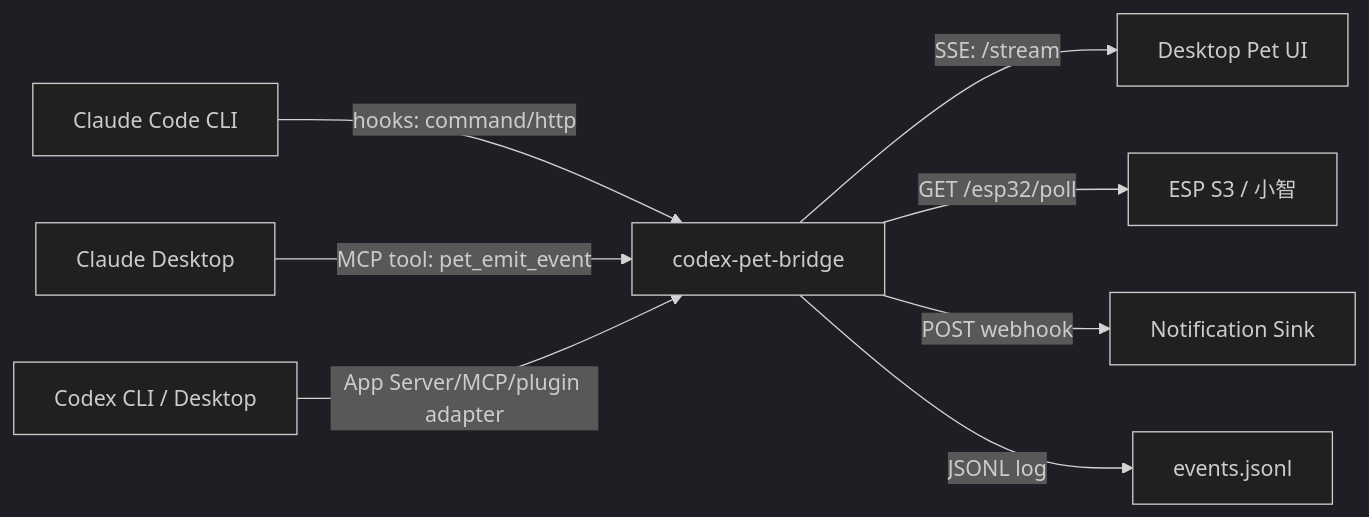
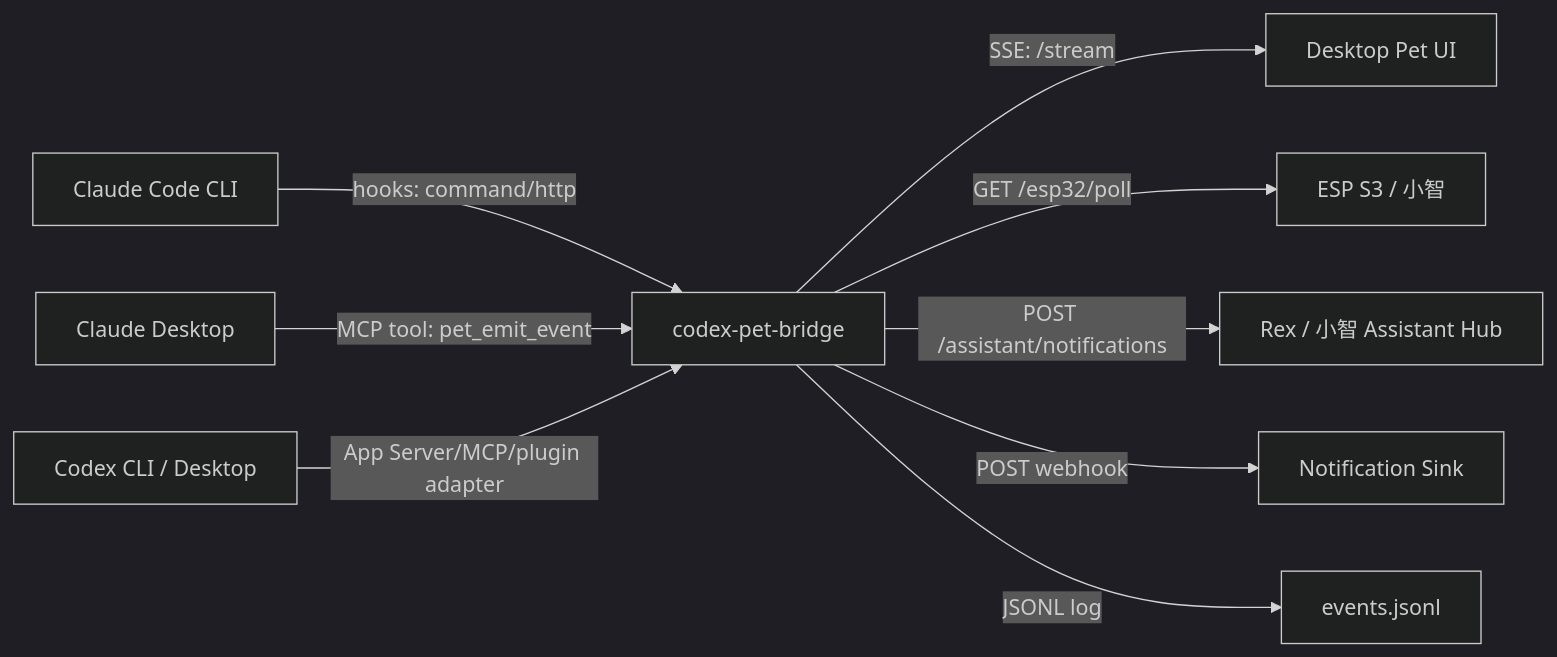
The diagram in README.md (vcxzvfe/codex-pet-bridge), drawn with Mermaid (dark theme) before and after one commit. The commit also changed other lines of this file and 7 other files, not shown here.

Commit message:
Add XiaoZhi assistant hub sink

````diff
--- a/README.md
+++ b/README.md
@@ -9,10 +9,11 @@
 ```mermaid
 flowchart LR
   CC["Claude Code CLI"] -->|"hooks: command/http"| Bridge["codex-pet-bridge"]
   CD["Claude Desktop"] -->|"MCP tool: pet_emit_event"| Bridge
   CX["Codex CLI / Desktop"] -->|"App Server/MCP/plugin adapter"| Bridge
   Bridge -->|"SSE: /stream"| Pet["Desktop Pet UI"]
   Bridge -->|"GET /esp32/poll"| ESP["ESP S3 / 小智"]
+  Bridge -->|"POST /assistant/notifications"| Rex["Rex / 小智 Assistant Hub"]
   Bridge -->|"POST webhook"| Push["Notification Sink"]
   Bridge -->|"JSONL log"| Log["events.jsonl"]
 ```
````
